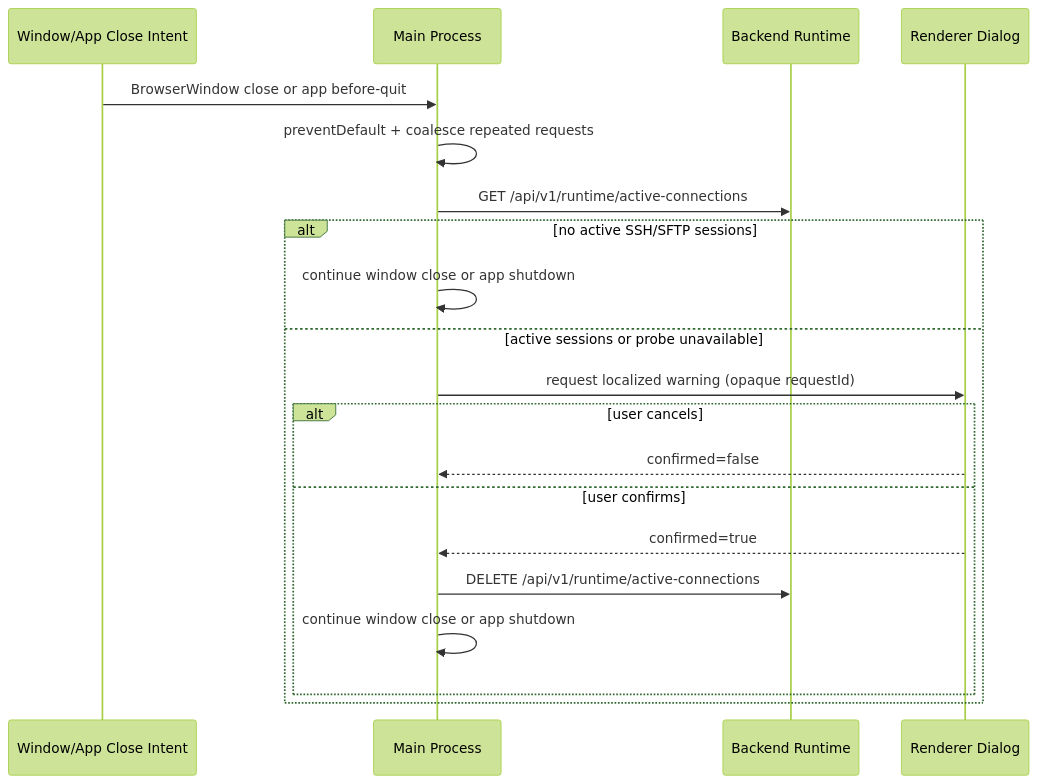
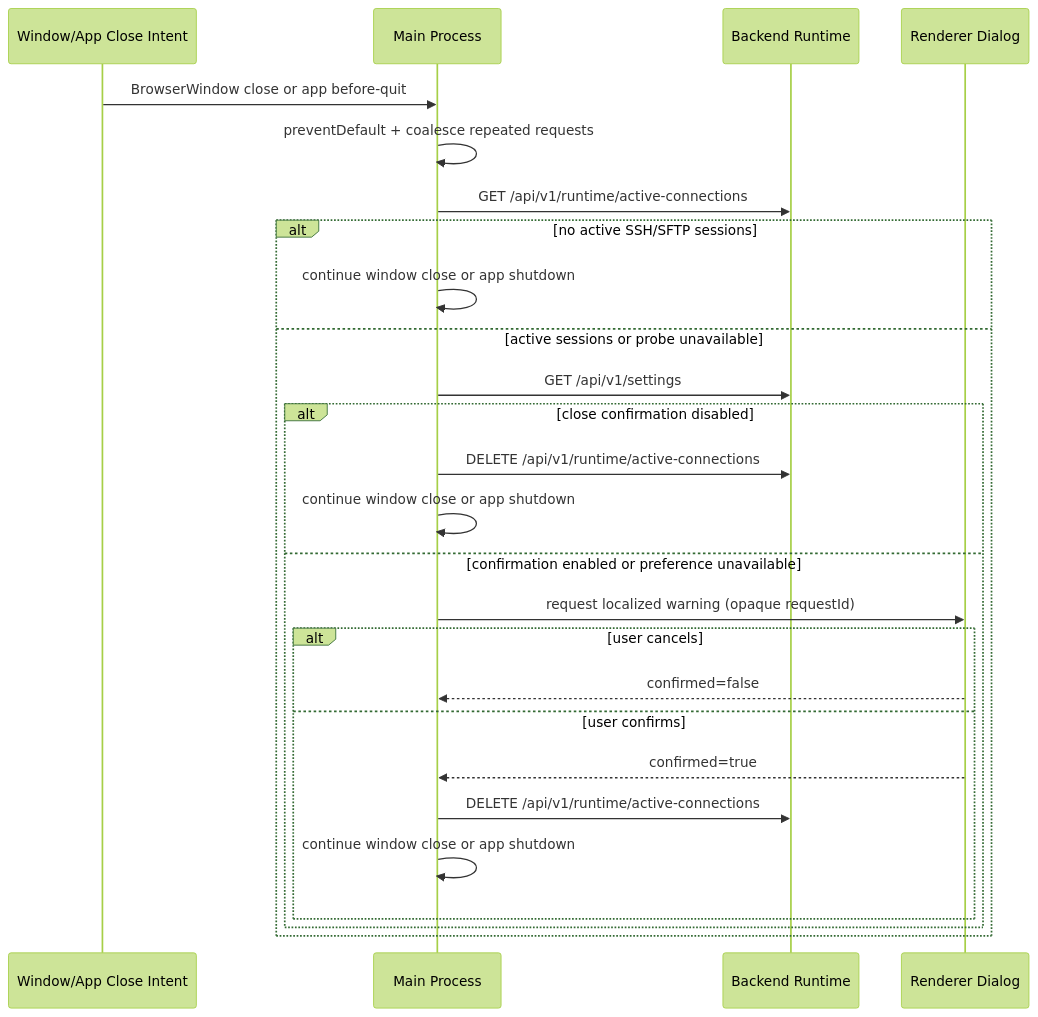
The third of 11 diagrams in docs/developer/core/architecture.md (XYZ1024-alt/Cosmosh), drawn with Mermaid (forest theme) before and after one commit. The commit also changed other lines of this file and 13 other files, not shown here.

First line of the commit message:
feat: add window close confirmation setting

````diff
--- a/docs/developer/core/architecture.md
+++ b/docs/developer/core/architecture.md
@@ -105,23 +105,29 @@
 ```mermaid
 sequenceDiagram
   participant OS as Window/App Close Intent
   participant MP as Main Process
   participant BE as Backend Runtime
   participant RD as Renderer Dialog
 
   OS->>MP: BrowserWindow close or app before-quit
   MP->>MP: preventDefault + coalesce repeated requests
   MP->>BE: GET /api/v1/runtime/active-connections
   alt no active SSH/SFTP sessions
     MP->>MP: continue window close or app shutdown
   else active sessions or probe unavailable
-    MP->>RD: request localized warning (opaque requestId)
-    alt user cancels
-      RD-->>MP: confirmed=false
-    else user confirms
-      RD-->>MP: confirmed=true
+    MP->>BE: GET /api/v1/settings
+    alt close confirmation disabled
       MP->>BE: DELETE /api/v1/runtime/active-connections
       MP->>MP: continue window close or app shutdown
+    else confirmation enabled or preference unavailable
+      MP->>RD: request localized warning (opaque requestId)
+      alt user cancels
+        RD-->>MP: confirmed=false
+      else user confirms
+        RD-->>MP: confirmed=true
+        MP->>BE: DELETE /api/v1/runtime/active-connections
+        MP->>MP: continue window close or app shutdown
+      end
     end
   end
 ```
````
